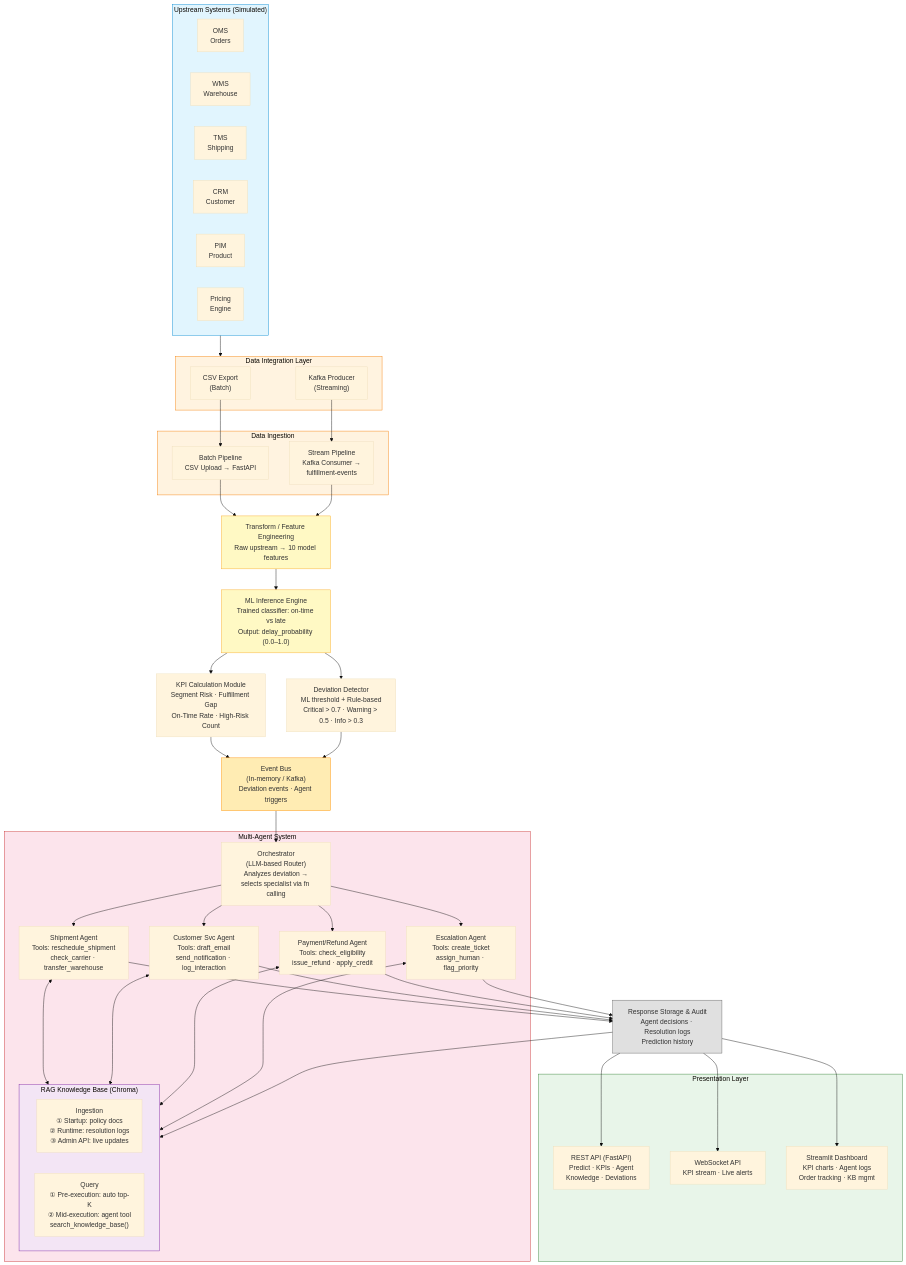
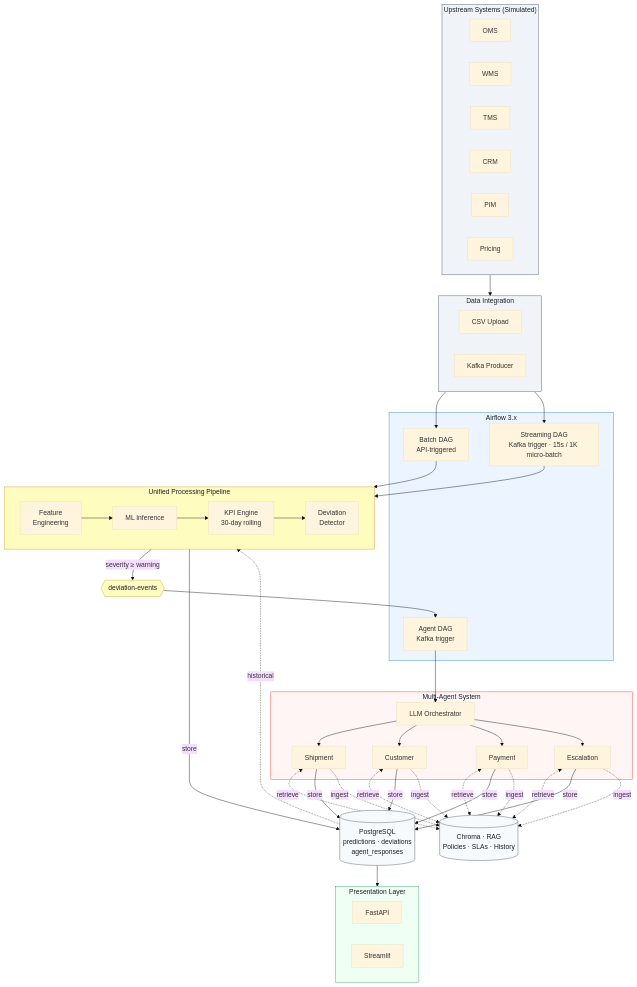
Before and after one commit to scriperdj/fulfillment_ai: the diagram in ARCHITECTURE.md, drawn with Mermaid (base theme). The commit also changed other lines of this file, not shown here.

Commit message:
Refactor architecture diagram to improve clarity and consistency; update processing pipeline description to emphasize unified job execution for batch and streaming paths.

````diff
--- a/ARCHITECTURE.md
+++ b/ARCHITECTURE.md
@@ -18,92 +18,80 @@
 ```mermaid
-graph TB
-    subgraph Upstream["Upstream Systems (Simulated)"]
-        OMS["OMS<br/>Orders"]
-        WMS["WMS<br/>Warehouse"]
-        TMS["TMS<br/>Shipping"]
-        CRM["CRM<br/>Customer"]
-        PIM["PIM<br/>Product"]
-        PRICING["Pricing<br/>Engine"]
+flowchart TD
+    subgraph UPSTREAM["Upstream Systems (Simulated)"]
+        direction LR
+        OMS["OMS"]
+        WMS["WMS"]
+        TMS["TMS"]
+        CRM["CRM"]
+        PIM["PIM"]
+        PRICING["Pricing"]
     end
 
-    subgraph Integration["Data Integration Layer"]
-        CSV["CSV Export<br/>(Batch)"]
-        KAFKA_PROD["Kafka Producer<br/>(Streaming)"]
+    subgraph INTEGRATION["Data Integration"]
+        direction LR
+        CSV["CSV Upload"]
+        PRODUCER["Kafka Producer"]
     end
 
-    subgraph Ingestion["Data Ingestion"]
-        BATCH["Batch Pipeline<br/>CSV Upload → FastAPI"]
-        STREAM["Stream Pipeline<br/>Kafka Consumer →<br/>fulfillment-events"]
+    subgraph AIRFLOW["Airflow 3.x"]
+        BATCH_DAG["Batch DAG<br/>API-triggered"]
+        STREAM_DAG["Streaming DAG<br/>Kafka trigger · 15s / 1K micro-batch"]
+        AGENT_DAG["Agent DAG<br/>Kafka trigger"]
     end
 
-    TRANSFORM["Transform / Feature Engineering<br/>Raw upstream → 10 model features"]
-
-    ML["ML Inference Engine<br/>Trained classifier: on-time vs late<br/>Output: delay_probability (0.0–1.0)"]
-
-    KPI["KPI Calculation Module<br/>Segment Risk · Fulfillment Gap<br/>On-Time Rate · High-Risk Count"]
-    DEVIATION["Deviation Detector<br/>ML threshold + Rule-based<br/>Critical > 0.7 · Warning > 0.5 · Info > 0.3"]
-
-    EVENTBUS["Event Bus<br/>(In-memory / Kafka)<br/>Deviation events · Agent triggers"]
-
-    subgraph AgentSystem["Multi-Agent System"]
-        ORCHESTRATOR["Orchestrator<br/>(LLM-based Router)<br/>Analyzes deviation →<br/>selects specialist via fn calling"]
-
-        SHIPMENT["Shipment Agent<br/>Tools: reschedule_shipment<br/>check_carrier · transfer_warehouse"]
-        CUSTOMER["Customer Svc Agent<br/>Tools: draft_email<br/>send_notification · log_interaction"]
-        PAYMENT["Payment/Refund Agent<br/>Tools: check_eligibility<br/>issue_refund · apply_credit"]
-        ESCALATION["Escalation Agent<br/>Tools: create_ticket<br/>assign_human · flag_priority"]
-
-        subgraph RAG["RAG Knowledge Base (Chroma)"]
-            direction LR
-            INGEST["Ingestion<br/>① Startup: policy docs<br/>② Runtime: resolution logs<br/>③ Admin API: live updates"]
-            QUERY["Query<br/>① Pre-execution: auto top-K<br/>② Mid-execution: agent tool<br/>search_knowledge_base()"]
-        end
+    subgraph PIPELINE["Unified Processing Pipeline"]
+        direction LR
+        FE["Feature<br/>Engineering"] --> INFER["ML Inference"] --> KPIE["KPI Engine<br/>30-day rolling"] --> DETECT["Deviation<br/>Detector"]
     end
 
-    AUDIT["Response Storage & Audit<br/>Agent decisions · Resolution logs<br/>Prediction history"]
+    PG[("PostgreSQL<br/>predictions · deviations<br/>agent_responses")]
 
-    subgraph Presentation["Presentation Layer"]
-        API["REST API (FastAPI)<br/>Predict · KPIs · Agent<br/>Knowledge · Deviations"]
-        WS["WebSocket API<br/>KPI stream · Live alerts"]
-        UI["Streamlit Dashboard<br/>KPI charts · Agent logs<br/>Order tracking · KB mgmt"]
+    DEV_TOPIC{{"deviation-events"}}
+
+    subgraph AGENTS["Multi-Agent System"]
+        ORCH["LLM Orchestrator"]
+        SHIP["Shipment"]
+        CUST["Customer"]
+        PAY["Payment"]
+        ESC["Escalation"]
+        ORCH --> SHIP & CUST & PAY & ESC
     end
 
-    Upstream --> Integration
-    CSV --> BATCH
-    KAFKA_PROD --> STREAM
-    BATCH --> TRANSFORM
-    STREAM --> TRANSFORM
-    TRANSFORM --> ML
-    ML --> KPI
-    ML --> DEVIATION
-    KPI --> EVENTBUS
-    DEVIATION --> EVENTBUS
-    EVENTBUS --> ORCHESTRATOR
-    ORCHESTRATOR --> SHIPMENT
-    ORCHESTRATOR --> CUSTOMER
-    ORCHESTRATOR --> PAYMENT
-    ORCHESTRATOR --> ESCALATION
-    SHIPMENT <--> RAG
-    CUSTOMER <--> RAG
-    PAYMENT <--> RAG
-    ESCALATION <--> RAG
-    SHIPMENT --> AUDIT
-    CUSTOMER --> AUDIT
-    PAYMENT --> AUDIT
-    ESCALATION --> AUDIT
-    AUDIT --> RAG
-    AUDIT --> API
-    AUDIT --> WS
-    AUDIT --> UI
+    RAG[("Chroma · RAG<br/>Policies · SLAs · History")]
 
-    style Upstream fill:#e1f5fe,stroke:#0288d1
-    style Integration fill:#fff3e0,stroke:#f57c00
-    style Ingestion fill:#fff3e0,stroke:#f57c00
-    style AgentSystem fill:#fce4ec,stroke:#c62828
-    style RAG fill:#f3e5f5,stroke:#7b1fa2
-    style Presentation fill:#e8f5e9,stroke:#2e7d32
-    style ML fill:#fff9c4,stroke:#f9a825
-    style TRANSFORM fill:#fff9c4,stroke:#f9a825
-    style EVENTBUS fill:#ffecb3,stroke:#ff8f00
-    style AUDIT fill:#e0e0e0,stroke:#616161
+    subgraph PRESENTATION["Presentation Layer"]
+        direction LR
+        API["FastAPI"]
+        DASH["Streamlit"]
+    end
+
+    UPSTREAM --> INTEGRATION
+    CSV --> BATCH_DAG
+    PRODUCER --> STREAM_DAG
+    BATCH_DAG & STREAM_DAG --> PIPELINE
+    PIPELINE -- store --> PG
+    PG -. historical .-> KPIE
+    DETECT -- severity ≥ warning --> DEV_TOPIC
+    DEV_TOPIC --> AGENT_DAG
+    AGENT_DAG --> ORCH
+    SHIP & CUST & PAY & ESC <-. retrieve .-> RAG
+    SHIP & CUST & PAY & ESC -- store --> PG
+    SHIP & CUST & PAY & ESC -. ingest .-> RAG
+    PG --> PRESENTATION
+
+    classDef infra fill:#f0f4f8,stroke:#4a5568,color:#1a202c
+    classDef orchestration fill:#ebf4ff,stroke:#3182ce,color:#1a202c
+    classDef processing fill:#fefcbf,stroke:#d69e2e,color:#1a202c
+    classDef agents fill:#fff5f5,stroke:#e53e3e,color:#1a202c
+    classDef output fill:#f0fff4,stroke:#38a169,color:#1a202c
+    classDef store fill:#f7fafc,stroke:#4a5568,color:#1a202c
+    classDef event fill:#fefcbf,stroke:#d69e2e,color:#1a202c
+
+    class UPSTREAM,INTEGRATION infra
+    class AIRFLOW orchestration
+    class PIPELINE processing
+    class AGENTS agents
+    class PRESENTATION output
+    class PG,RAG store
+    class DEV_TOPIC event
 ```
````
